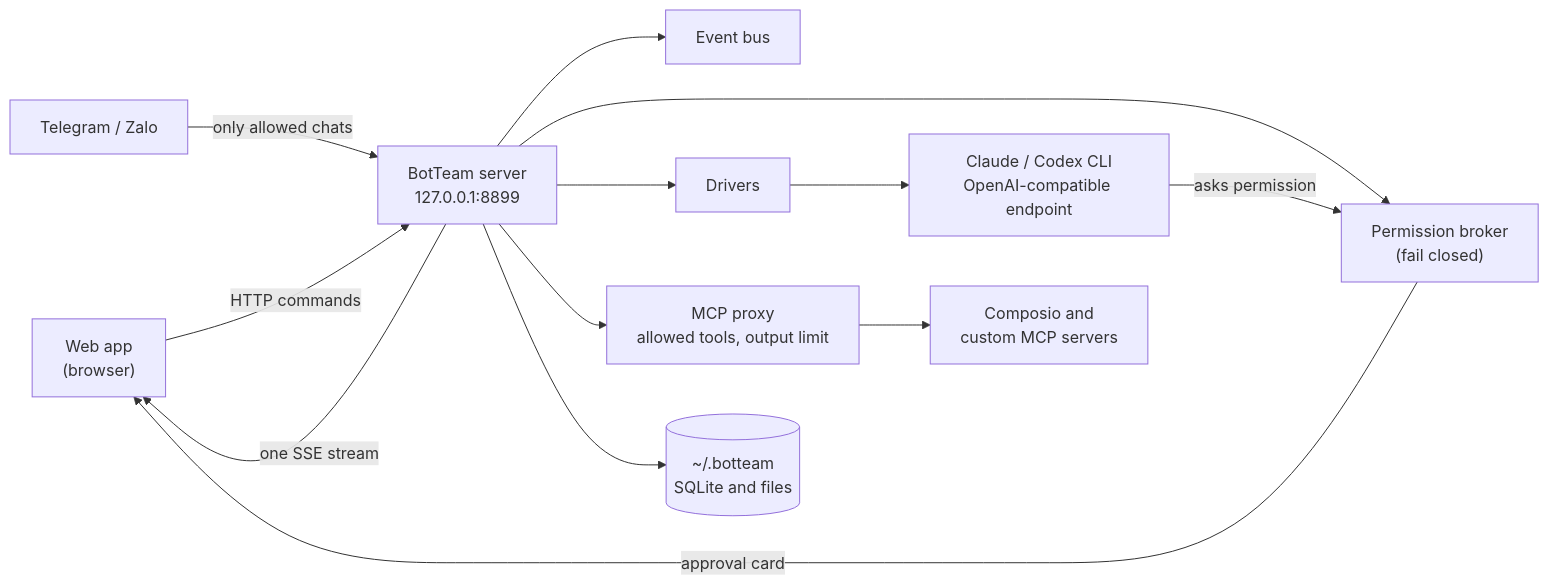
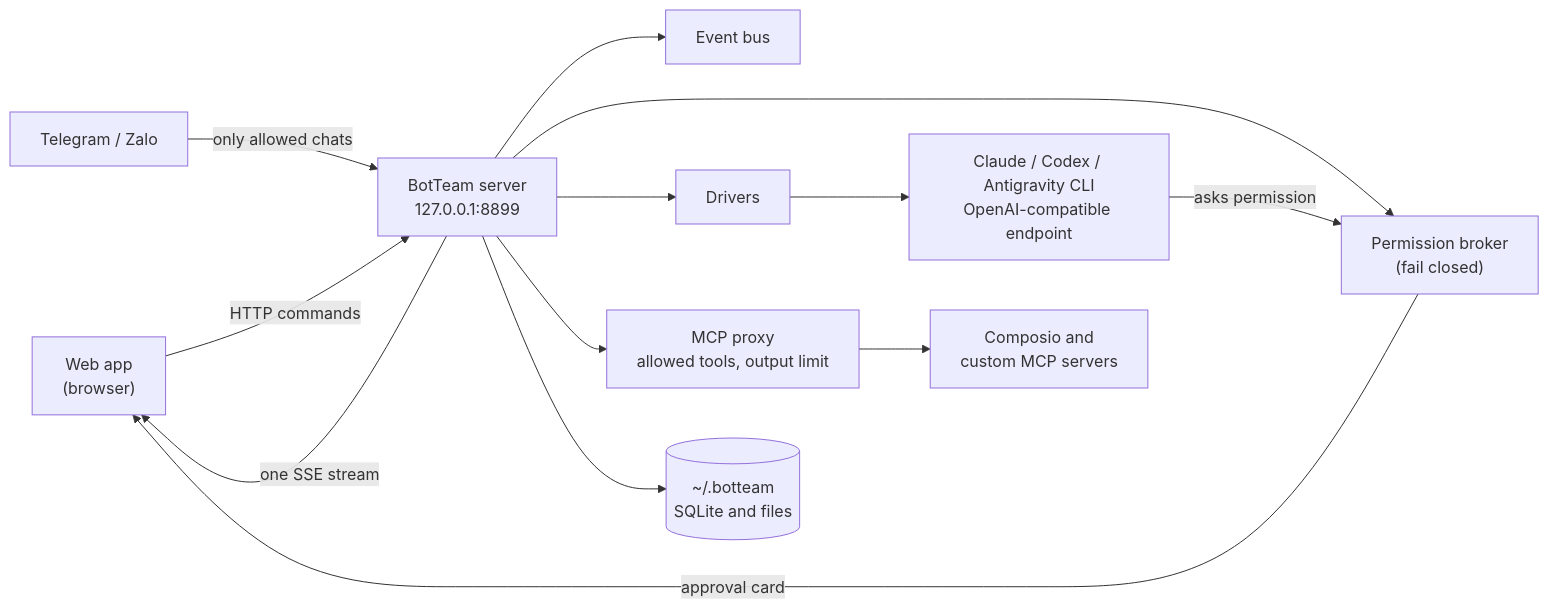
One commit to jokerhung/aiBotTeam changed the diagram in README.md. Above: the diagram before and after it, drawn with Mermaid. The commit also changed other lines of this file and 17 other files, not shown here.

````diff
--- a/README.md
+++ b/README.md
@@ -56,15 +56,15 @@
 ```mermaid
 flowchart LR
     Browser["Web app<br/>(browser)"] -- "HTTP commands" --> API["BotTeam server<br/>127.0.0.1:8899"]
     API -- "one SSE stream" --> Browser
     API --> Bus["Event bus"]
     API --> Broker["Permission broker<br/>(fail closed)"]
     API --> Drivers["Drivers"]
-    Drivers --> CLI["Claude / Codex CLI<br/>OpenAI-compatible endpoint"]
+    Drivers --> CLI["Claude / Codex / Antigravity CLI<br/>OpenAI-compatible endpoint"]
     CLI -- "asks permission" --> Broker
     Broker -- "approval card" --> Browser
     API --> Proxy["MCP proxy<br/>allowed tools, output limit"]
     Proxy --> Apps["Composio and<br/>custom MCP servers"]
     API --> Data[("~/.botteam<br/>SQLite and files")]
     Channels["Telegram / Zalo"] -- "only allowed chats" --> API
 ```
````
